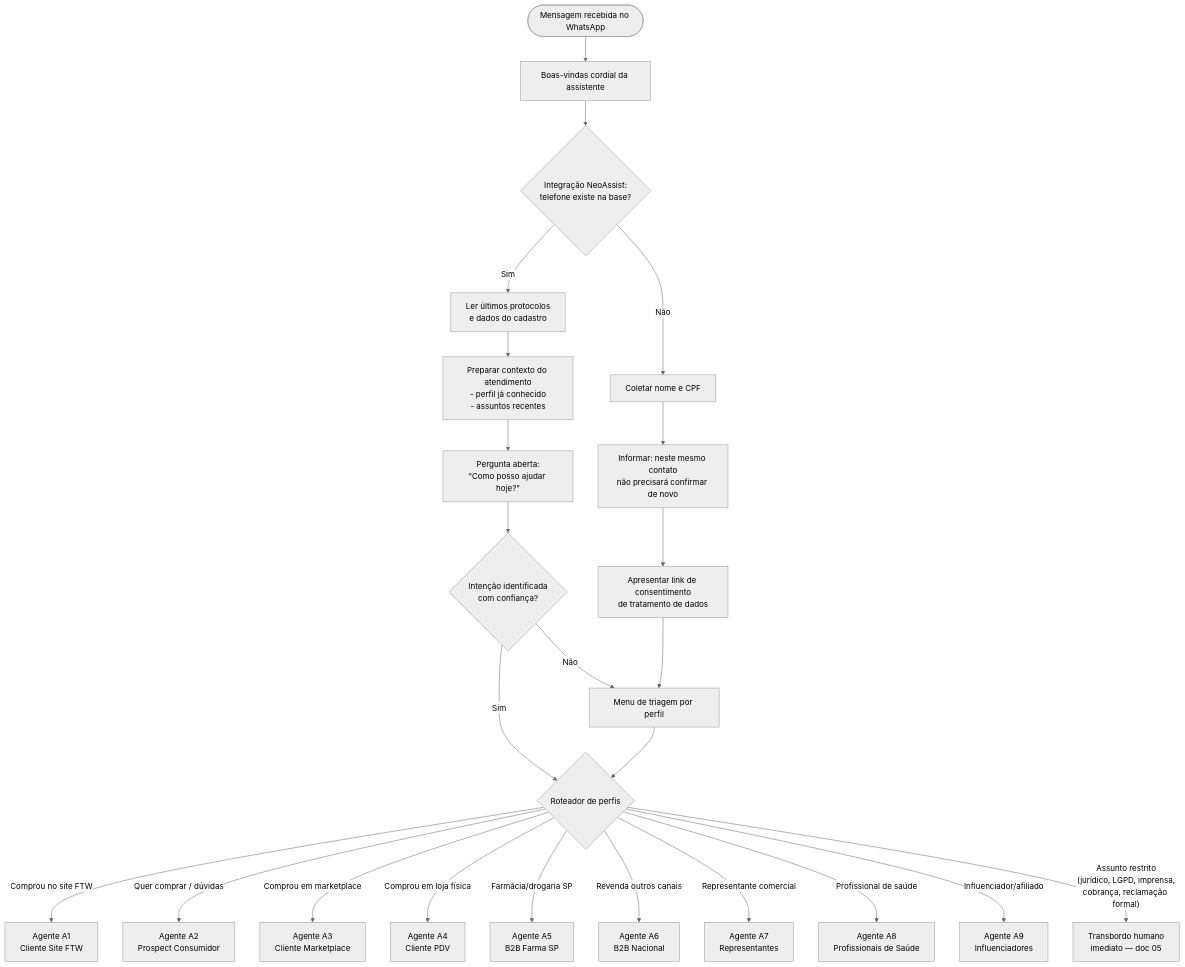
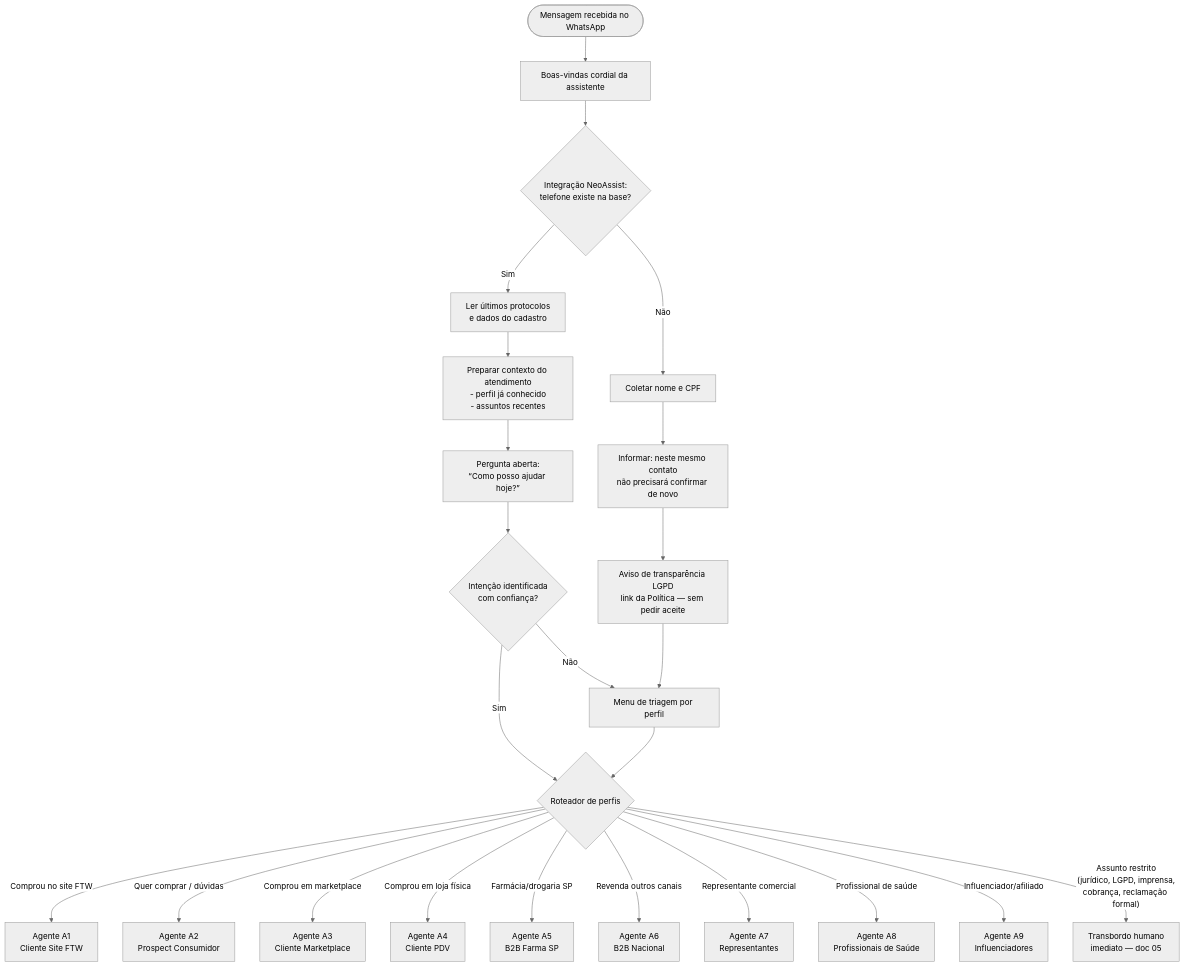
The diagram in docs/02-fluxo-mestre-triagem.md (rrfernandes01-ops/fluxosneoassist), drawn with Mermaid (neutral theme) before and after one commit. The commit also changed other lines of this file and 10 other files, not shown here.

````diff
--- a/docs/02-fluxo-mestre-triagem.md
+++ b/docs/02-fluxo-mestre-triagem.md
@@ -7,31 +7,31 @@
 ```mermaid
 flowchart TD
     START([Mensagem recebida no WhatsApp]) --> HELLO[Boas-vindas cordial da assistente]
     HELLO --> LOOKUP{Integração NeoAssist:\ntelefone existe na base?}
 
     LOOKUP -- Sim --> PROTO[Ler últimos protocolos\ne dados do cadastro]
     PROTO --> CONTEXT[Preparar contexto do atendimento\n- perfil já conhecido\n- assuntos recentes]
     CONTEXT --> OPENQ[Pergunta aberta:\n“Como posso ajudar hoje?”]
 
     LOOKUP -- Não --> CADASTRO[Coletar nome e CPF]
     CADASTRO --> AVISO[Informar: neste mesmo contato\nnão precisará confirmar de novo]
-    AVISO --> LGPD[Apresentar link de consentimento\nde tratamento de dados]
+    AVISO --> LGPD[Aviso de transparência LGPD\nlink da Política — sem pedir aceite]
     LGPD --> TRIAGEM
 
     OPENQ --> NLU{Intenção identificada\ncom confiança?}
     NLU -- Sim --> ROUTE
     NLU -- Não --> TRIAGEM[Menu de triagem por perfil]
     TRIAGEM --> ROUTE{Roteador de perfis}
 
     ROUTE -- Comprou no site FTW --> A1[Agente A1\nCliente Site FTW]
     ROUTE -- Quer comprar / dúvidas --> A2[Agente A2\nProspect Consumidor]
     ROUTE -- Comprou em marketplace --> A3[Agente A3\nCliente Marketplace]
     ROUTE -- Comprou em loja física --> A4[Agente A4\nCliente PDV]
     ROUTE -- Farmácia/drogaria SP --> A5[Agente A5\nB2B Farma SP]
     ROUTE -- Revenda outros canais --> A6[Agente A6\nB2B Nacional]
     ROUTE -- Representante comercial --> A7[Agente A7\nRepresentantes]
     ROUTE -- Profissional de saúde --> A8[Agente A8\nProfissionais de Saúde]
     ROUTE -- Influenciador/afiliado --> A9[Agente A9\nInfluenciadores]
 
     ROUTE -- Assunto restrito\n(jurídico, LGPD, imprensa,\ncobrança, reclamação formal) --> HUMANO[Transbordo humano\nimediato — doc 05]
 ```
````
